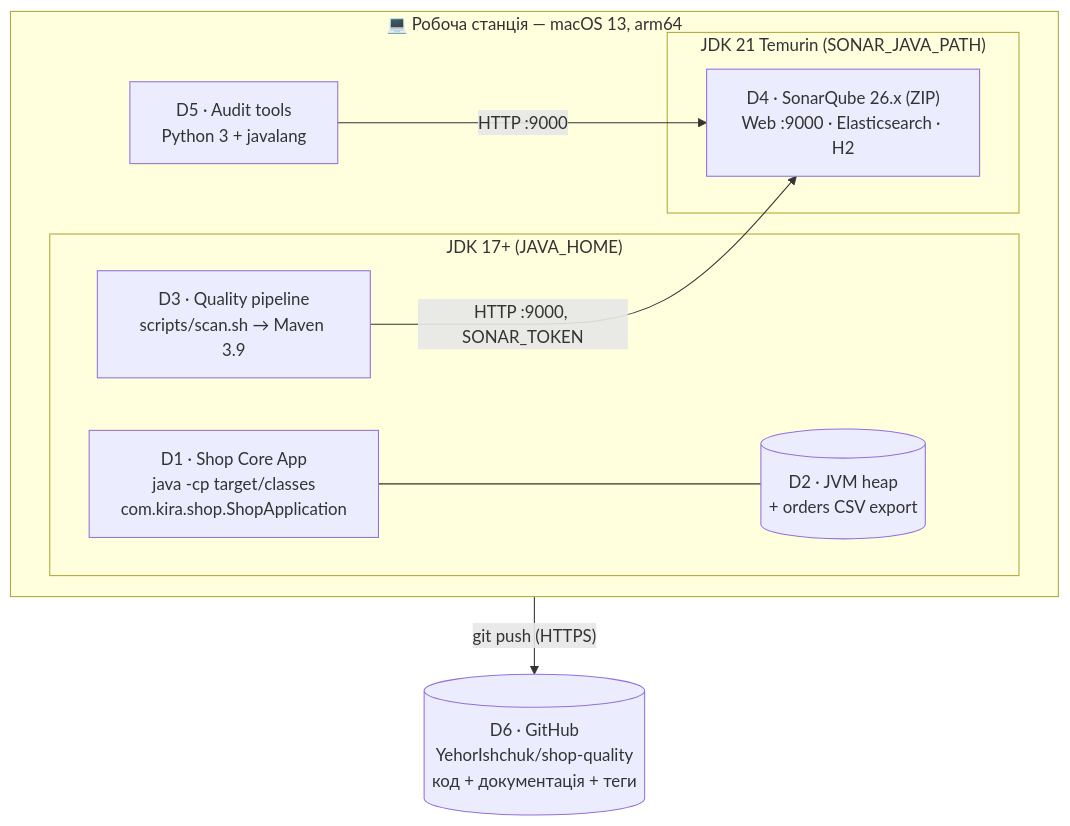
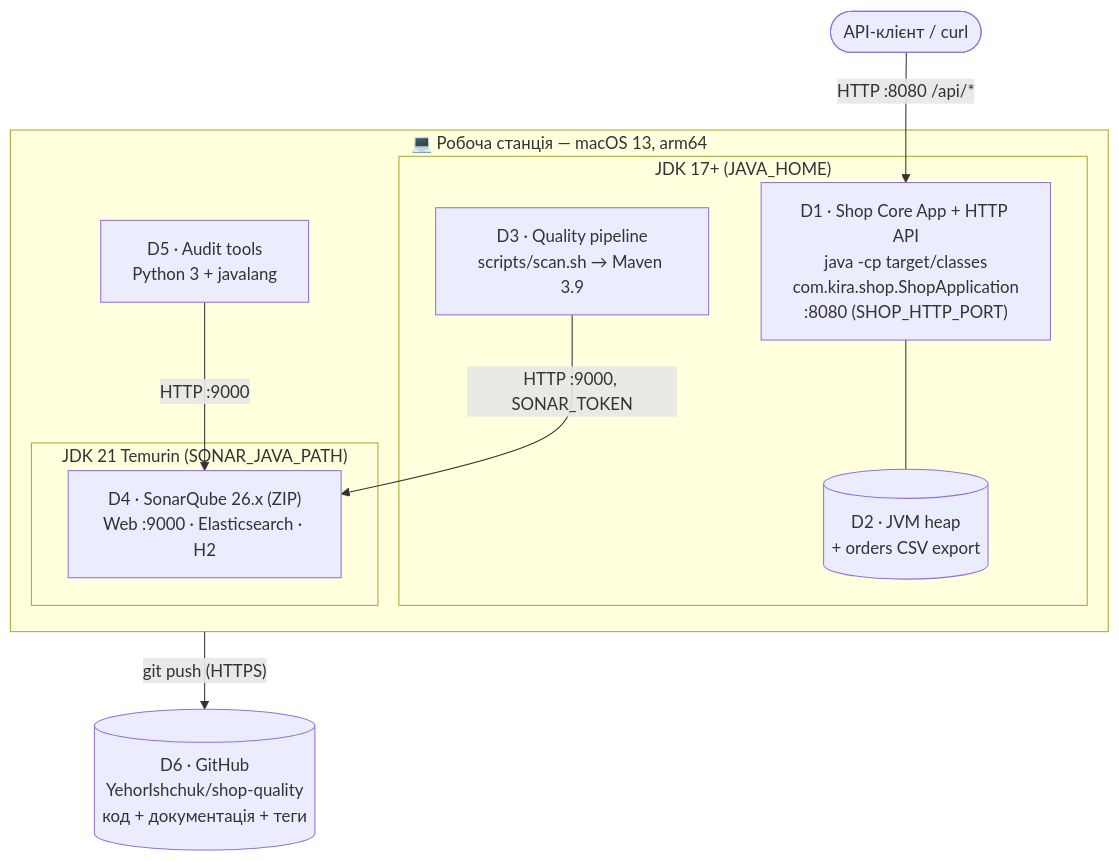
The first of 2 diagrams in docs/isd.md (YehorIshchuk/shop-quality), drawn with Mermaid before and after one commit. The commit also changed other lines of this file and 10 other files, not shown here.

````diff
--- a/docs/isd.md
+++ b/docs/isd.md
@@ -22,19 +23,21 @@
 ```mermaid
 flowchart TB
     subgraph ws["💻 Робоча станція — macOS 13, arm64"]
         subgraph j17["JDK 17+ (JAVA_HOME)"]
-            d1["D1 · Shop Core App<br/>java -cp target/classes<br/>com.kira.shop.ShopApplication"]
+            d1["D1 · Shop Core App + HTTP API<br/>java -cp target/classes<br/>com.kira.shop.ShopApplication<br/>:8080 (SHOP_HTTP_PORT)"]
             d2[("D2 · JVM heap<br/>+ orders CSV export")]
             d3["D3 · Quality pipeline<br/>scripts/scan.sh → Maven 3.9"]
         end
         subgraph j21["JDK 21 Temurin (SONAR_JAVA_PATH)"]
             d4["D4 · SonarQube 26.x (ZIP)<br/>Web :9000 · Elasticsearch · H2"]
         end
         d5["D5 · Audit tools<br/>Python 3 + javalang"]
     end
     gh[("D6 · GitHub<br/>YehorIshchuk/shop-quality<br/>код + документація + теги")]
+    cl([API-клієнт / curl])
+    cl -->|"HTTP :8080 /api/*"| d1
     d1 --- d2
     d3 -->|"HTTP :9000, SONAR_TOKEN"| d4
     d5 -->|"HTTP :9000"| d4
     ws -->|"git push (HTTPS)"| gh
 ```
````
